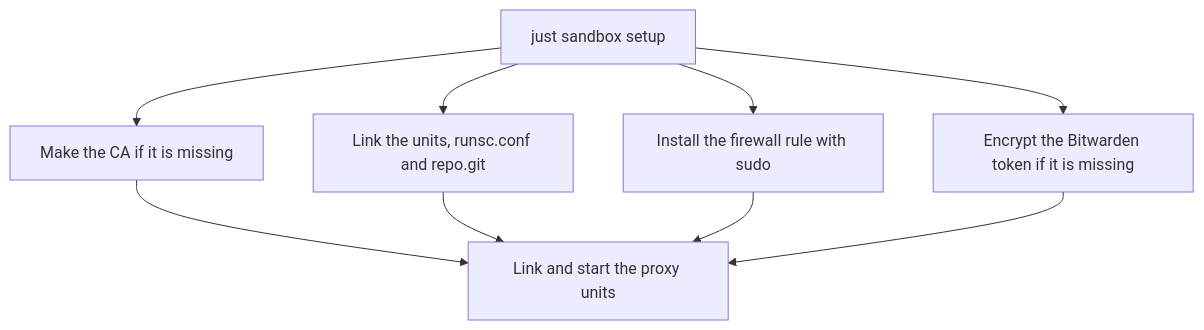
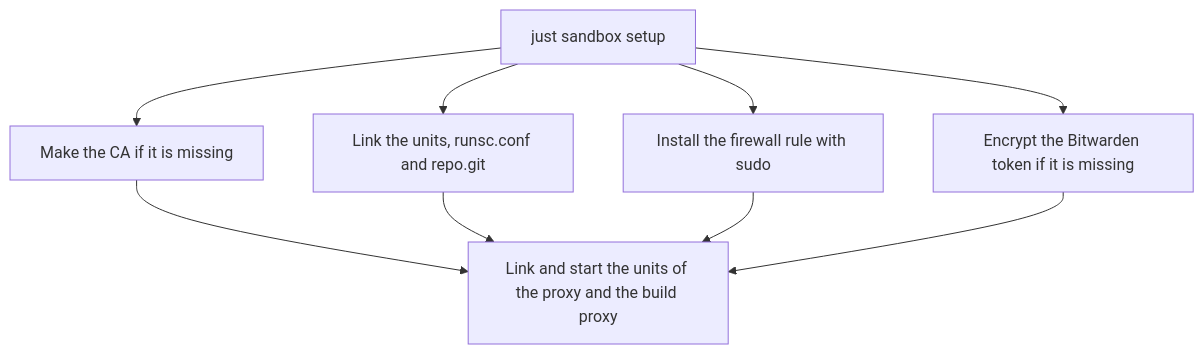
Before and after one commit to raghav19/engineersdaybook: the first of 4 diagrams in .sandbox/docs/internals.md, drawn with Mermaid. The commit also changed other lines of this file and 21 other files, not shown here.

First line of the commit message:
sandbox: build with docker and buildx through a build proxy

````diff
--- a/.sandbox/docs/internals.md
+++ b/.sandbox/docs/internals.md
@@ -51,11 +55,11 @@
 ```mermaid
 flowchart TD
     A[just sandbox setup] --> B[Make the CA if it is missing]
     A --> C[Link the units, runsc.conf and repo.git]
     A --> D[Install the firewall rule with sudo]
     A --> E[Encrypt the Bitwarden token if it is missing]
-    B --> F[Link and start the proxy units]
+    B --> F[Link and start the units of the proxy and the build proxy]
     C --> F
     D --> F
     E --> F
 ```
````
